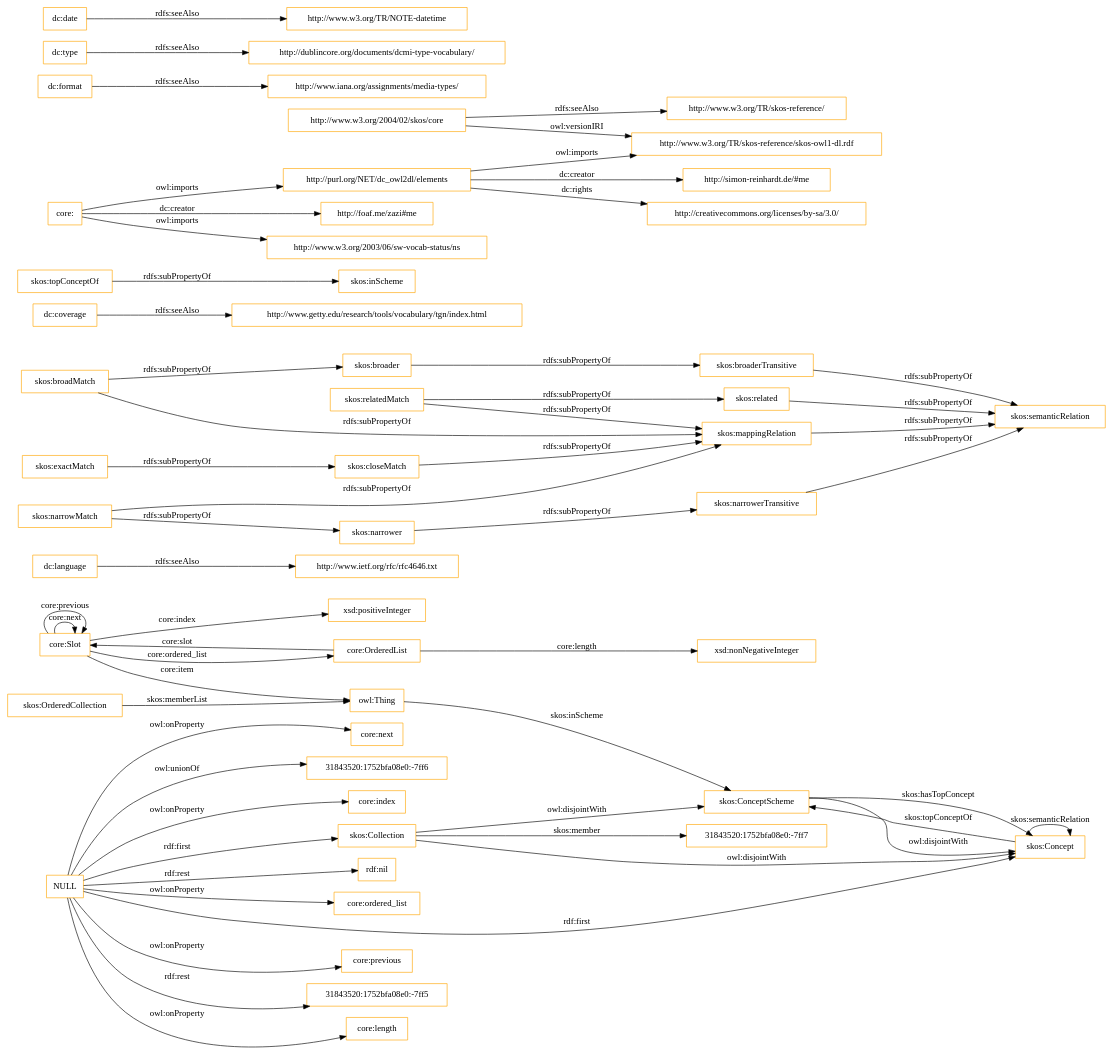
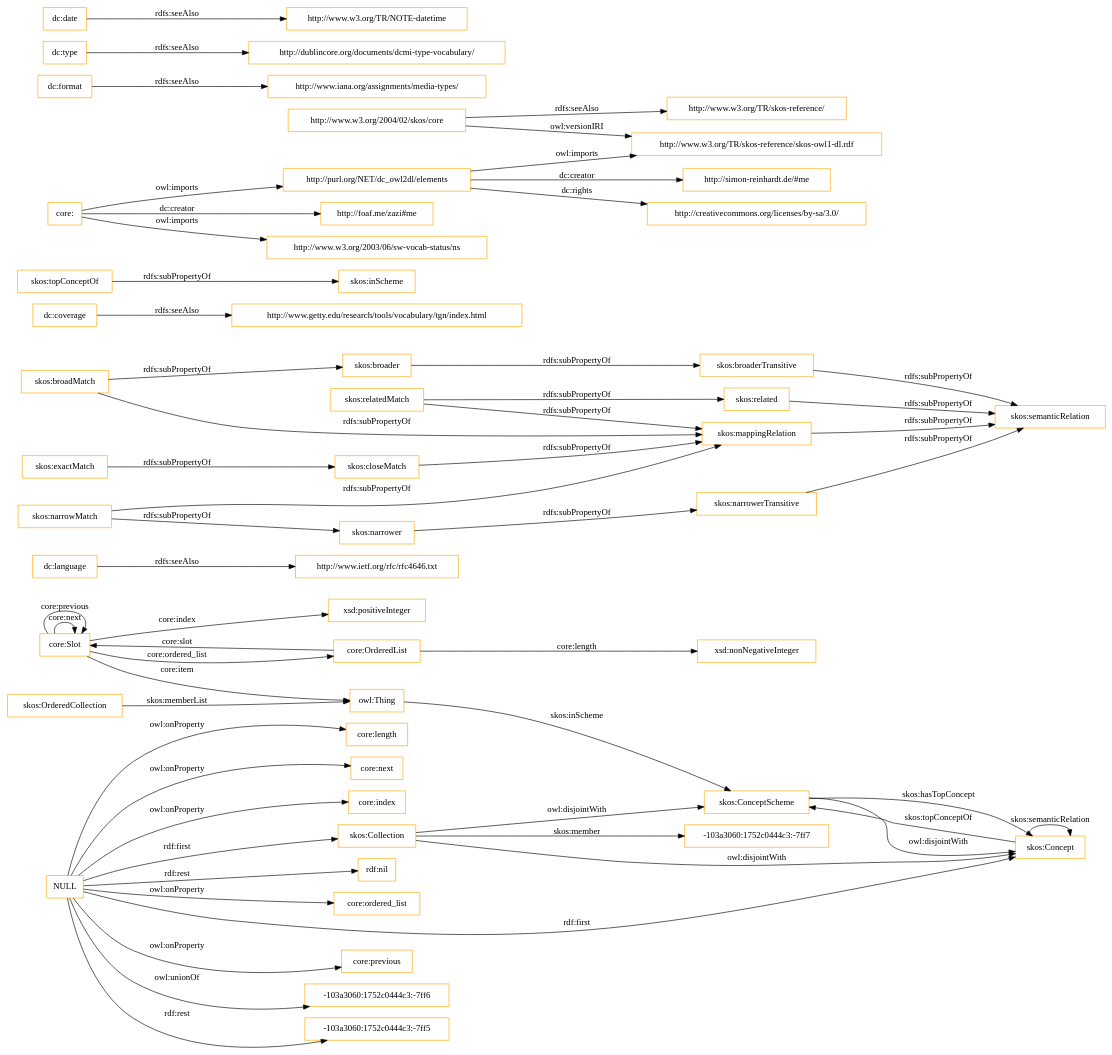
The diagram in OnToology/imports/core.owl/diagrams/ar2dtool-class/core.owl.png.dot (OnToologyUser/core-ontology-1), drawn with Graphviz before and after one commit. The commit also changed 14 other files, not shown here.

```diff
--- a/OnToology/imports/core.owl/diagrams/ar2dtool-class/core.owl.png.dot
+++ b/OnToology/imports/core.owl/diagrams/ar2dtool-class/core.owl.png.dot
@@ -1,60 +1,60 @@
 digraph ar2dtool_diagram { 
 rankdir=LR;
 size="1501"
-node [shape = rectangle, color="orange"]; "core:Slot" "core:OrderedList" "31843520:1752bfa08e0:-7ff7" "skos:OrderedCollection" "skos:Collection" "skos:ConceptScheme" "skos:Concept" ; /*classes style*/
+node [shape = rectangle, color="orange"]; "core:Slot" "core:OrderedList" "-103a3060:1752c0444c3:-7ff7" "skos:OrderedCollection" "skos:Collection" "skos:ConceptScheme" "skos:Concept" ; /*classes style*/
 	"dc:language" -> "http://www.ietf.org/rfc/rfc4646.txt" [ label = "rdfs:seeAlso" ];
 	"NULL" -> "core:previous" [ label = "owl:onProperty" ];
-	"NULL" -> "31843520:1752bfa08e0:-7ff5" [ label = "rdf:rest" ];
+	"NULL" -> "-103a3060:1752c0444c3:-7ff6" [ label = "owl:unionOf" ];
+	"NULL" -> "-103a3060:1752c0444c3:-7ff5" [ label = "rdf:rest" ];
 	"NULL" -> "core:length" [ label = "owl:onProperty" ];
 	"NULL" -> "skos:Concept" [ label = "rdf:first" ];
 	"NULL" -> "core:next" [ label = "owl:onProperty" ];
-	"NULL" -> "31843520:1752bfa08e0:-7ff6" [ label = "owl:unionOf" ];
 	"NULL" -> "core:index" [ label = "owl:onProperty" ];
 	"NULL" -> "rdf:nil" [ label = "rdf:rest" ];
 	"NULL" -> "core:ordered_list" [ label = "owl:onProperty" ];
 	"NULL" -> "skos:Collection" [ label = "rdf:first" ];
 	"skos:closeMatch" -> "skos:mappingRelation" [ label = "rdfs:subPropertyOf" ];
 	"dc:coverage" -> "http://www.getty.edu/research/tools/vocabulary/tgn/index.html" [ label = "rdfs:seeAlso" ];
 	"skos:relatedMatch" -> "skos:related" [ label = "rdfs:subPropertyOf" ];
 	"skos:relatedMatch" -> "skos:mappingRelation" [ label = "rdfs:subPropertyOf" ];
 	"skos:ConceptScheme" -> "skos:Concept" [ label = "owl:disjointWith" ];
 	"skos:related" -> "skos:semanticRelation" [ label = "rdfs:subPropertyOf" ];
 	"skos:topConceptOf" -> "skos:inScheme" [ label = "rdfs:subPropertyOf" ];
 	"skos:broadMatch" -> "skos:broader" [ label = "rdfs:subPropertyOf" ];
 	"skos:broadMatch" -> "skos:mappingRelation" [ label = "rdfs:subPropertyOf" ];
 	"http://purl.org/NET/dc_owl2dl/elements" -> "http://www.w3.org/TR/skos-reference/skos-owl1-dl.rdf" [ label = "owl:imports" ];
 	"http://purl.org/NET/dc_owl2dl/elements" -> "http://creativecommons.org/licenses/by-sa/3.0/" [ label = "dc:rights" ];
 	"http://purl.org/NET/dc_owl2dl/elements" -> "http://simon-reinhardt.de/#me" [ label = "dc:creator" ];
 	"skos:exactMatch" -> "skos:closeMatch" [ label = "rdfs:subPropertyOf" ];
 	"dc:format" -> "http://www.iana.org/assignments/media-types/" [ label = "rdfs:seeAlso" ];
 	"core:" -> "http://foaf.me/zazi#me" [ label = "dc:creator" ];
 	"core:" -> "http://www.w3.org/2003/06/sw-vocab-status/ns" [ label = "owl:imports" ];
 	"core:" -> "http://purl.org/NET/dc_owl2dl/elements" [ label = "owl:imports" ];
 	"skos:broaderTransitive" -> "skos:semanticRelation" [ label = "rdfs:subPropertyOf" ];
 	"skos:mappingRelation" -> "skos:semanticRelation" [ label = "rdfs:subPropertyOf" ];
 	"skos:broader" -> "skos:broaderTransitive" [ label = "rdfs:subPropertyOf" ];
 	"dc:type" -> "http://dublincore.org/documents/dcmi-type-vocabulary/" [ label = "rdfs:seeAlso" ];
 	"http://www.w3.org/2004/02/skos/core" -> "http://www.w3.org/TR/skos-reference/skos-owl1-dl.rdf" [ label = "owl:versionIRI" ];
 	"http://www.w3.org/2004/02/skos/core" -> "http://www.w3.org/TR/skos-reference/" [ label = "rdfs:seeAlso" ];
 	"skos:Collection" -> "skos:ConceptScheme" [ label = "owl:disjointWith" ];
 	"skos:Collection" -> "skos:Concept" [ label = "owl:disjointWith" ];
 	"skos:narrowMatch" -> "skos:narrower" [ label = "rdfs:subPropertyOf" ];
 	"skos:narrowMatch" -> "skos:mappingRelation" [ label = "rdfs:subPropertyOf" ];
 	"skos:narrower" -> "skos:narrowerTransitive" [ label = "rdfs:subPropertyOf" ];
 	"dc:date" -> "http://www.w3.org/TR/NOTE-datetime" [ label = "rdfs:seeAlso" ];
 	"skos:narrowerTransitive" -> "skos:semanticRelation" [ label = "rdfs:subPropertyOf" ];
 	"core:Slot" -> "xsd:positiveInteger" [ label = "core:index" ];
 	"skos:Concept" -> "skos:ConceptScheme" [ label = "skos:topConceptOf" ];
 	"core:Slot" -> "owl:Thing" [ label = "core:item" ];
 	"core:OrderedList" -> "xsd:nonNegativeInteger" [ label = "core:length" ];
 	"core:OrderedList" -> "core:Slot" [ label = "core:slot" ];
-	"skos:Collection" -> "31843520:1752bfa08e0:-7ff7" [ label = "skos:member" ];
+	"skos:Collection" -> "-103a3060:1752c0444c3:-7ff7" [ label = "skos:member" ];
 	"core:Slot" -> "core:Slot" [ label = "core:next" ];
 	"skos:ConceptScheme" -> "skos:Concept" [ label = "skos:hasTopConcept" ];
 	"owl:Thing" -> "skos:ConceptScheme" [ label = "skos:inScheme" ];
 	"core:Slot" -> "core:Slot" [ label = "core:previous" ];
 	"skos:OrderedCollection" -> "owl:Thing" [ label = "skos:memberList" ];
 	"skos:Concept" -> "skos:Concept" [ label = "skos:semanticRelation" ];
 	"core:Slot" -> "core:OrderedList" [ label = "core:ordered_list" ];
 
 }
```
